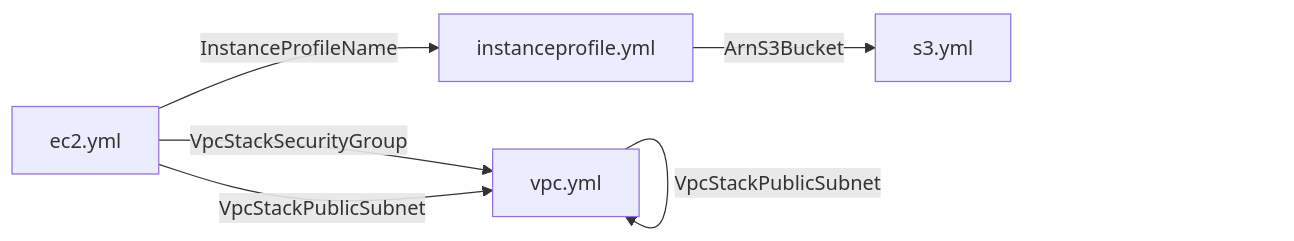
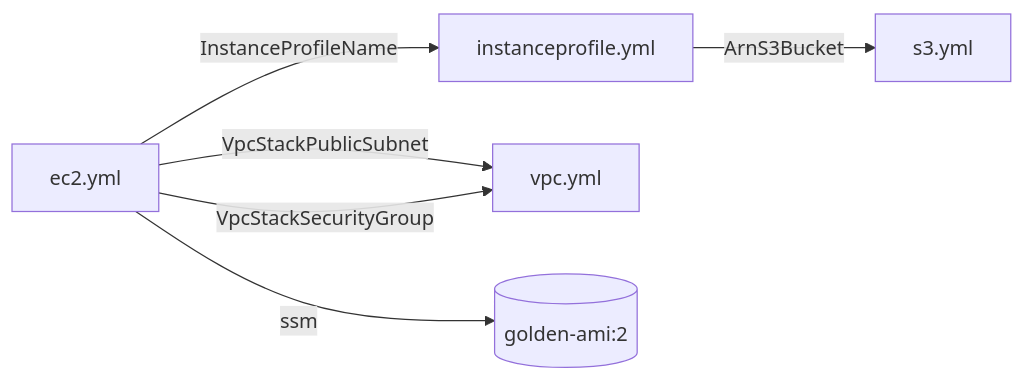
Before and after one commit to jay34986/cfn-template-dependency-visualization: the first of 2 diagrams in README.md, drawn with Mermaid. The commit also changed other lines of this file and 8 other files, not shown here.

````diff
--- a/README.md
+++ b/README.md
@@ -63,9 +28,8 @@
 ```mermaid
 graph LR
-    vpc.yml-->|VpcStackSecurityGroup|vpc.yml
-    vpc.yml-->|VpcStackPublicSubnet|vpc.yml
+    ec2.yml-->|InstanceProfileName|instanceprofile.yml
+    ec2.yml-->|VpcStackPublicSubnet|vpc.yml
+    ec2.yml-->|VpcStackSecurityGroup|vpc.yml
+    ec2.yml-->|ssm|golden-ami:2[(golden-ami:2)]
     instanceprofile.yml-->|ArnS3Bucket|s3.yml
-    ec2.yml-->|VpcStackSecurityGroup|vpc.yml
-    ec2.yml-->|VpcStackPublicSubnet|vpc.yml
-    ec2.yml-->|InstanceProfileName|instanceprofile.yml
 ```
````
